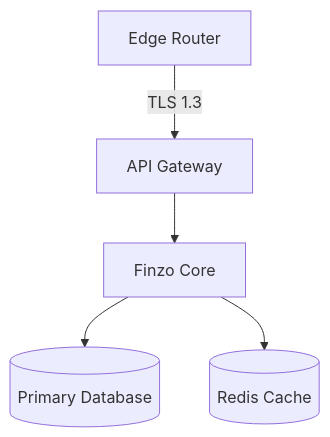
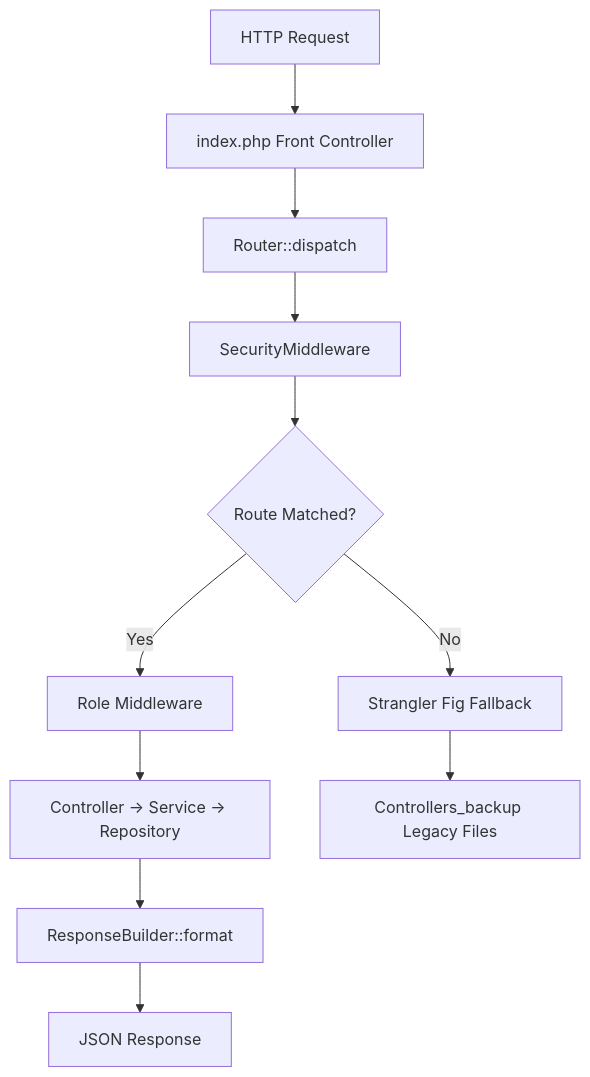
One commit to EL-STRIX/Finzo changed the diagram in docs/01-Architecture/README.md. Above: the diagram before and after it, drawn with Mermaid. The commit also changed other lines of this file and 217 other files, not shown here.

First line of the commit message:
docs(Architecture): Phase 4 Technical Validation and Enterprise Quality Audit

````diff
--- a/docs/01-Architecture/README.md
+++ b/docs/01-Architecture/README.md
@@ -38,7 +28,13 @@
 ```mermaid
 graph TD;
-    A[Edge Router] -->|TLS 1.3| B[API Gateway];
-    B --> C[Finzo Core];
-    C --> D[(Primary Database)];
-    C --> E[(Redis Cache)];
+    A[HTTP Request] --> B[index.php Front Controller];
+    B --> C[Router::dispatch];
+    C --> D[SecurityMiddleware];
+    D --> E{Route Matched?};
+    E -->|Yes| F[Role Middleware];
+    F --> G[Controller → Service → Repository];
+    E -->|No| H[Strangler Fig Fallback];
+    H --> I[Controllers_backup Legacy Files];
+    G --> J[ResponseBuilder::format];
+    J --> K[JSON Response];
 ```
````
